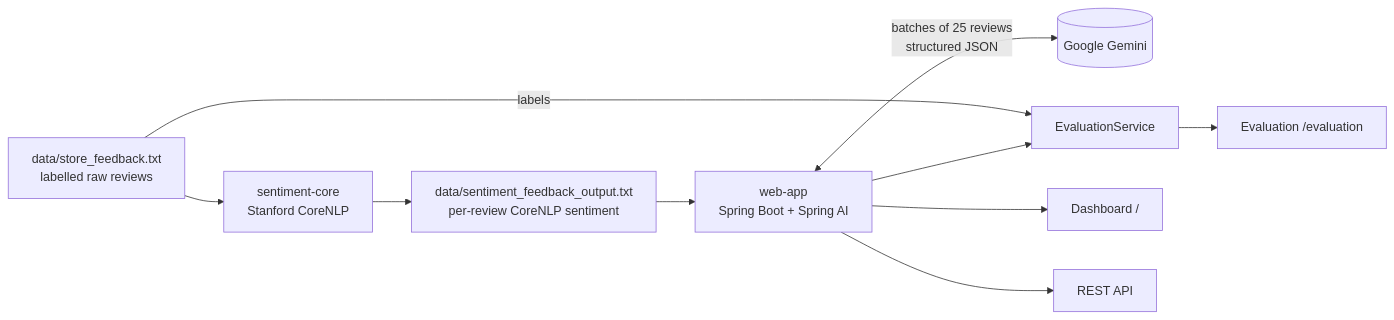
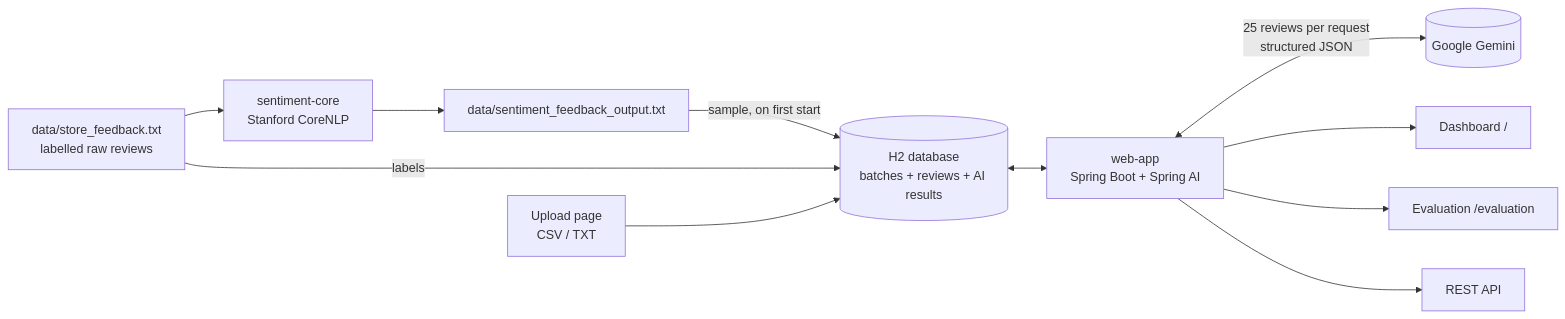
One commit to Ilham9675/retail-feedback-insights changed the diagram in README.md. Above: the diagram before and after it, drawn with Mermaid. The commit also changed other lines of this file and 31 other files, not shown here.

First line of the commit message:
Phase 2A: CSV/TXT upload with database-backed batches

````diff
--- a/README.md
+++ b/README.md
@@ -25,12 +28,13 @@
 ```mermaid
 flowchart LR
     A[data/store_feedback.txt<br/>labelled raw reviews] --> B[sentiment-core<br/>Stanford CoreNLP]
-    B --> C[data/sentiment_feedback_output.txt<br/>per-review CoreNLP sentiment]
-    C --> D[web-app<br/>Spring Boot + Spring AI]
-    D <-->|batches of 25 reviews<br/>structured JSON| E[(Google Gemini)]
-    A -->|labels| H[EvaluationService]
-    D --> H
+    B --> C[data/sentiment_feedback_output.txt]
+    C -->|sample, on first start| DB[(H2 database<br/>batches + reviews + AI results)]
+    A -->|labels| DB
+    U[Upload page<br/>CSV / TXT] --> DB
+    DB <--> D[web-app<br/>Spring Boot + Spring AI]
+    D <-->|25 reviews per request<br/>structured JSON| E[(Google Gemini)]
     D --> F[Dashboard /]
-    H --> I[Evaluation /evaluation]
+    D --> I[Evaluation /evaluation]
     D --> G[REST API]
 ```
````
